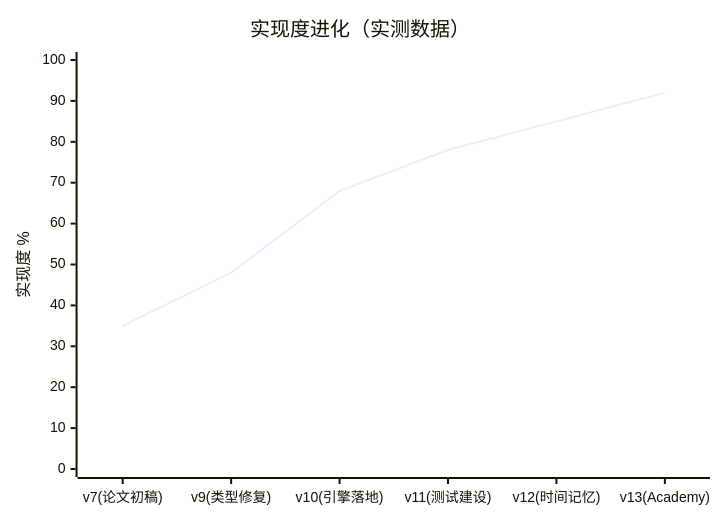
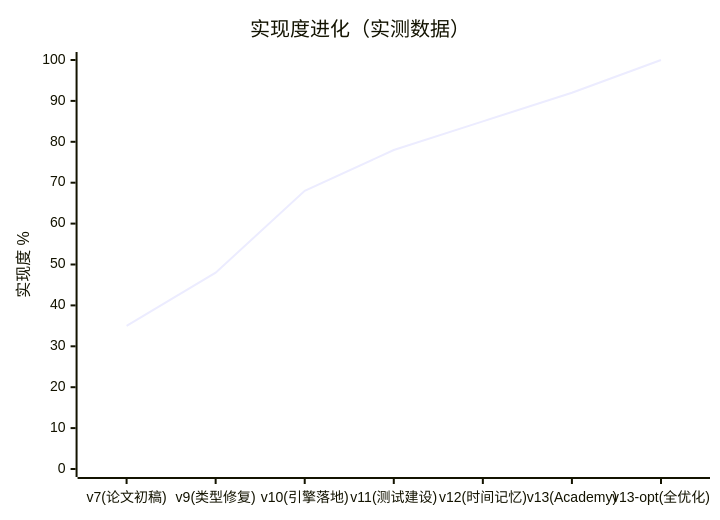
Diagram 28 of 30 in docs/系统设计文档_含Mermaid图表.md (zjdyzww/multi-claw-subagents-memory-plugins), drawn with Mermaid before and after one commit. The commit also changed other lines of this file and 2 other files, not shown here.

````diff
--- a/docs/系统设计文档_含Mermaid图表.md
+++ b/docs/系统设计文档_含Mermaid图表.md
@@ -971,7 +974,7 @@
 ```mermaid
 xychart-beta
     title "实现度进化（实测数据）"
-    x-axis ["v7(论文初稿)", "v9(类型修复)", "v10(引擎落地)", "v11(测试建设)", "v12(时间记忆)", "v13(Academy)"]
+    x-axis ["v7(论文初稿)", "v9(类型修复)", "v10(引擎落地)", "v11(测试建设)", "v12(时间记忆)", "v13(Academy)", "v13-opt(全优化)"]
     y-axis "实现度 %" 0 --> 100
-    line [35, 48, 68, 78, 85, 92]
+    line [35, 48, 68, 78, 85, 92, 100]
 ```
````
